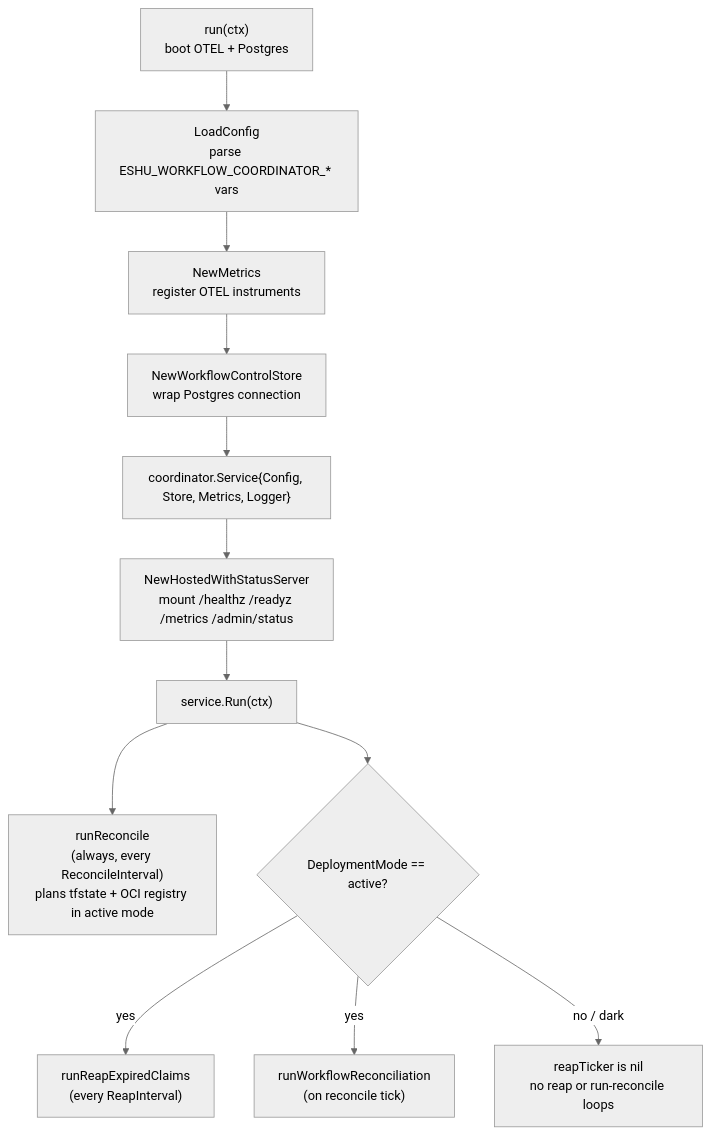
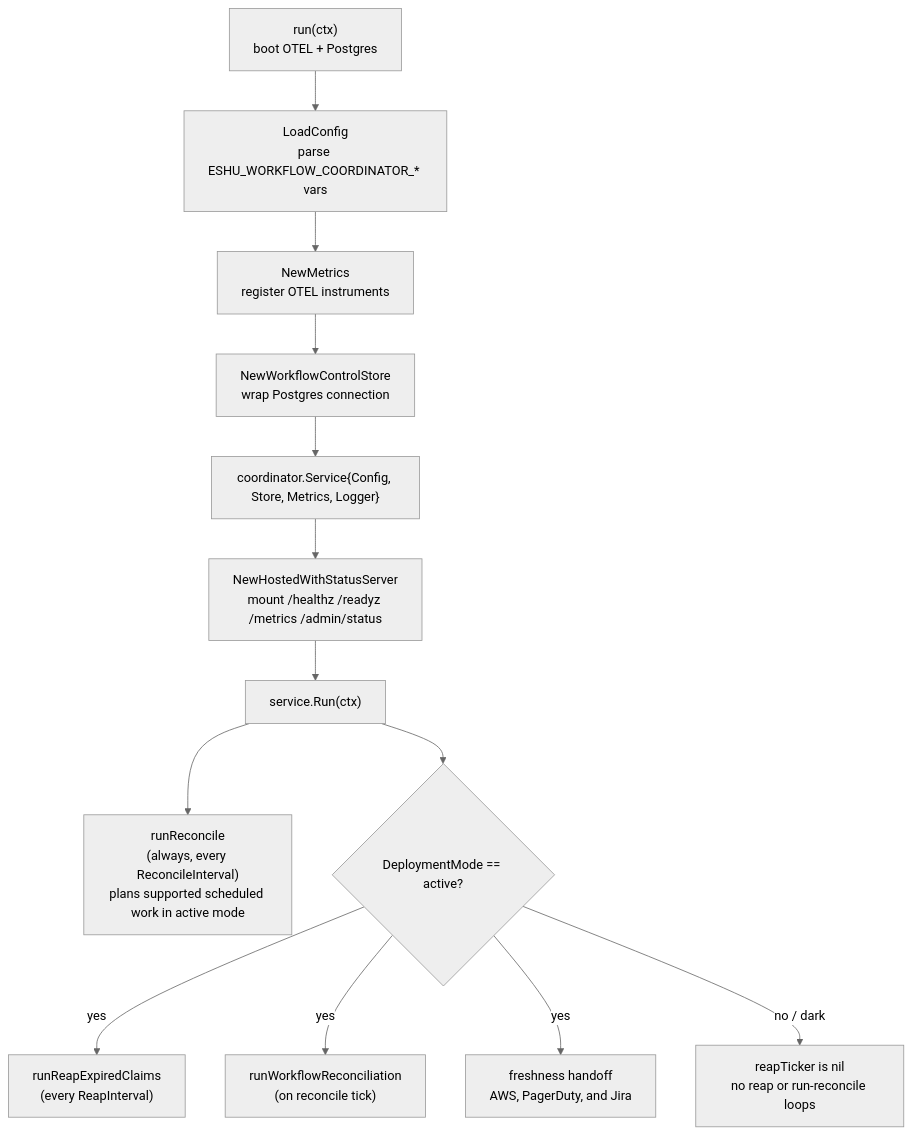
Before and after one commit to eshu-hq/eshu: the second of 2 diagrams in go/cmd/workflow-coordinator/README.md, drawn with Mermaid (neutral theme). The commit also changed other lines of this file and 48 other files, not shown here.

````diff
--- a/go/cmd/workflow-coordinator/README.md
+++ b/go/cmd/workflow-coordinator/README.md
@@ -28,14 +29,15 @@
 ```mermaid
 flowchart TB
   A["run(ctx)\nboot OTEL + Postgres"] --> B["LoadConfig\nparse ESHU_WORKFLOW_COORDINATOR_* vars"]
   B --> C["NewMetrics\nregister OTEL instruments"]
   C --> D["NewWorkflowControlStore\nwrap Postgres connection"]
   D --> E["coordinator.Service{Config, Store, Metrics, Logger}"]
   E --> F["NewHostedWithStatusServer\nmount /healthz /readyz /metrics /admin/status"]
   F --> G["service.Run(ctx)"]
-  G --> H["runReconcile\n(always, every ReconcileInterval)\nplans tfstate + OCI registry in active mode"]
+  G --> H["runReconcile\n(always, every ReconcileInterval)\nplans supported scheduled work in active mode"]
   G --> I{"DeploymentMode == active?"}
   I -- yes --> J["runReapExpiredClaims\n(every ReapInterval)"]
   I -- yes --> K["runWorkflowReconciliation\n(on reconcile tick)"]
+  I -- yes --> M["freshness handoff\nAWS, PagerDuty, and Jira"]
   I -- no / dark --> L["reapTicker is nil\nno reap or run-reconcile loops"]
 ```
````
